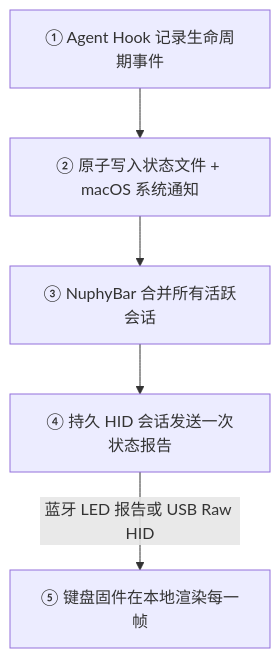
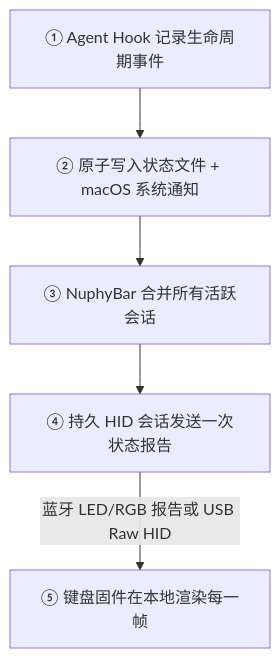
Before and after one commit to SunMinqiu/NuphyBar: the first of 2 diagrams in README.zh-CN.md, drawn with Mermaid. The commit also changed other lines of this file and 11 other files, not shown here.

````diff
--- a/README.zh-CN.md
+++ b/README.zh-CN.md
@@ -79,10 +84,10 @@
 ```mermaid
 flowchart TB
     A["① Agent Hook 记录生命周期事件"]
     B["② 原子写入状态文件 + macOS 系统通知"]
     C["③ NuphyBar 合并所有活跃会话"]
     D["④ 持久 HID 会话发送一次状态报告"]
     E["⑤ 键盘固件在本地渲染每一帧"]
     A --> B --> C --> D
-    D -->|蓝牙 LED 报告或 USB Raw HID| E
+    D -->|蓝牙 LED/RGB 报告或 USB Raw HID| E
 ```
````
